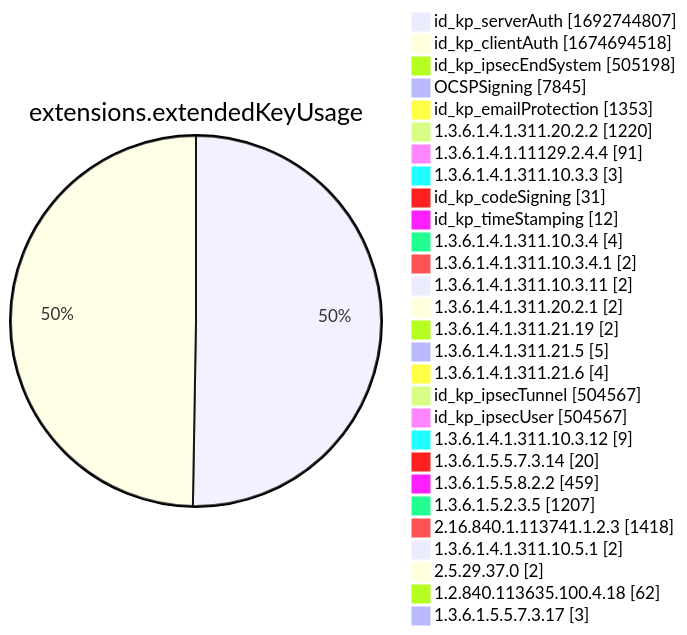
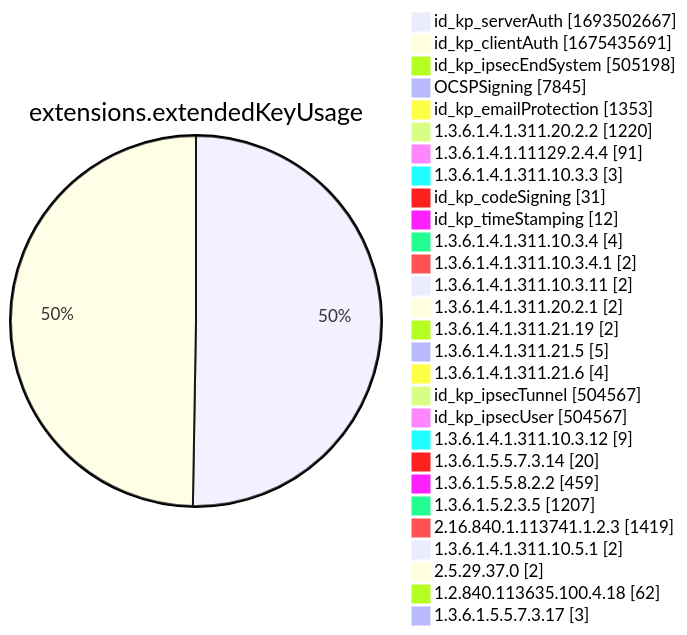
Before and after one commit to christiankrug/ctmonitor_visualization: diagram 12 of 15 in xenon2022/README.md, drawn with Mermaid. The commit also changed other lines of this file, not shown here.

````diff
--- a/xenon2022/README.md
+++ b/xenon2022/README.md
@@ -3888,32 +3888,32 @@
 ```mermaid
 pie showData
 title extensions.extendedKeyUsage
-"id_kp_serverAuth" :1692744807
-"id_kp_clientAuth" :1674694518
+"id_kp_serverAuth" :1693502667
+"id_kp_clientAuth" :1675435691
 "id_kp_ipsecEndSystem" :505198
 "OCSPSigning" :7845
 "id_kp_emailProtection" :1353
 "1.3.6.1.4.1.311.20.2.2" :1220
 "1.3.6.1.4.1.11129.2.4.4" :91
 "1.3.6.1.4.1.311.10.3.3" :3
 "id_kp_codeSigning" :31
 "id_kp_timeStamping" :12
 "1.3.6.1.4.1.311.10.3.4" :4
 "1.3.6.1.4.1.311.10.3.4.1" :2
 "1.3.6.1.4.1.311.10.3.11" :2
 "1.3.6.1.4.1.311.20.2.1" :2
 "1.3.6.1.4.1.311.21.19" :2
 "1.3.6.1.4.1.311.21.5" :5
 "1.3.6.1.4.1.311.21.6" :4
 "id_kp_ipsecTunnel" :504567
 "id_kp_ipsecUser" :504567
 "1.3.6.1.4.1.311.10.3.12" :9
 "1.3.6.1.5.5.7.3.14" :20
 "1.3.6.1.5.5.8.2.2" :459
 "1.3.6.1.5.2.3.5" :1207
-"2.16.840.1.113741.1.2.3" :1418
+"2.16.840.1.113741.1.2.3" :1419
 "1.3.6.1.4.1.311.10.5.1" :2
 "2.5.29.37.0" :2
 "1.2.840.113635.100.4.18" :62
 "1.3.6.1.5.5.7.3.17" :3
 ```
````
